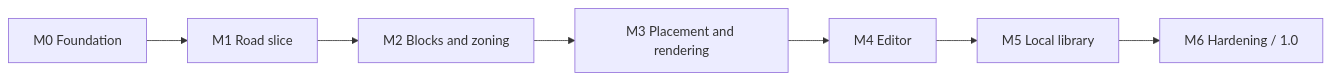
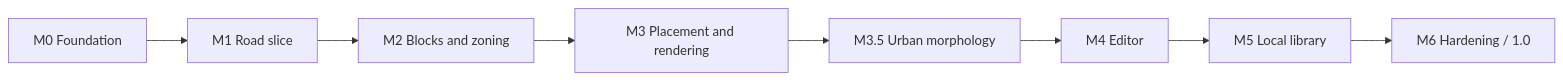
Before and after one commit to Canni-DEV/city: the diagram in docs/ROADMAP.md, drawn with Mermaid. The commit also changed other lines of this file and 30 other files, not shown here.

First line of the commit message:
feat: implement M3.5 urban morphology

````diff
--- a/docs/ROADMAP.md
+++ b/docs/ROADMAP.md
@@ -3,4 +3,4 @@
 ```mermaid
 flowchart LR
-  M0["M0 Foundation"] --> M1["M1 Road slice"] --> M2["M2 Blocks and zoning"] --> M3["M3 Placement and rendering"] --> M4["M4 Editor"] --> M5["M5 Local library"] --> M6["M6 Hardening / 1.0"]
+  M0["M0 Foundation"] --> M1["M1 Road slice"] --> M2["M2 Blocks and zoning"] --> M3["M3 Placement and rendering"] --> M35["M3.5 Urban morphology"] --> M4["M4 Editor"] --> M5["M5 Local library"] --> M6["M6 Hardening / 1.0"]
 ```
````
